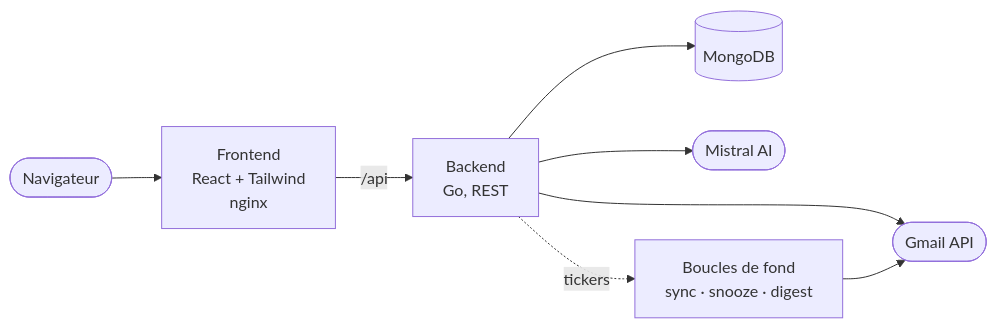
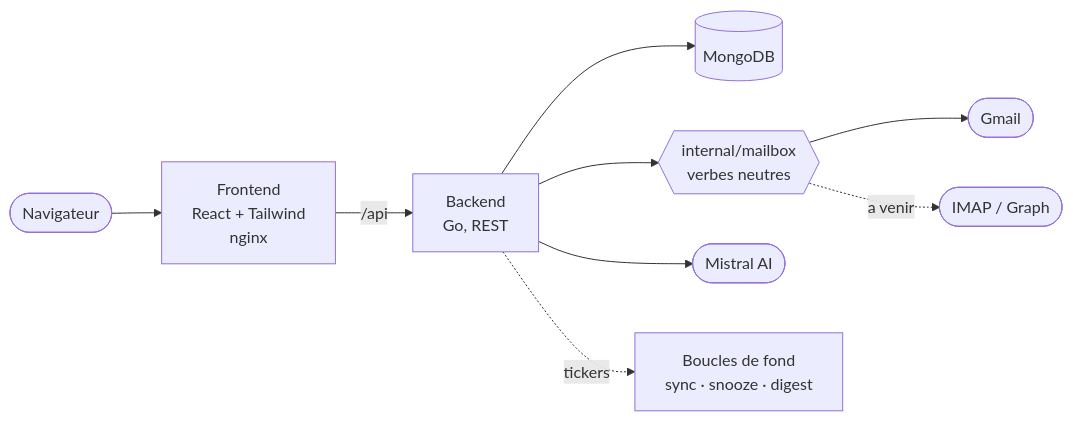
Before and after one commit to nohe-sohbi/Mailsorter: the diagram in README.md, drawn with Mermaid. The commit also changed other lines of this file, not shown here.

````diff
--- a/README.md
+++ b/README.md
@@ -47,10 +130,11 @@
 ```mermaid
 flowchart LR
   U([Navigateur]) --> F["Frontend<br/>React + Tailwind<br/>nginx"]
   F -->|"/api"| B["Backend<br/>Go, REST"]
   B --> M[("MongoDB")]
-  B --> G([Gmail API])
+  B --> X{{"internal/mailbox<br/>verbes neutres"}}
+  X --> G([Gmail])
+  X -.->|a venir| I([IMAP / Graph])
   B --> AI([Mistral AI])
   B -.->|tickers| S["Boucles de fond<br/>sync · snooze · digest"]
-  S --> G
 ```
````
